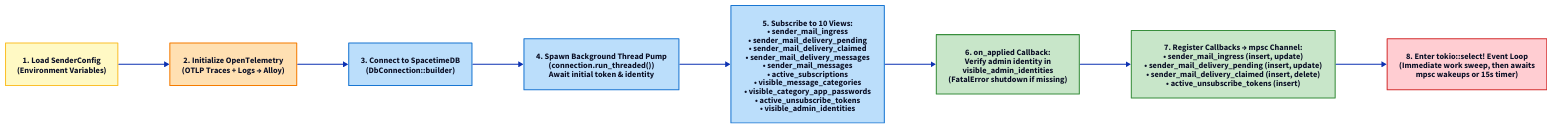
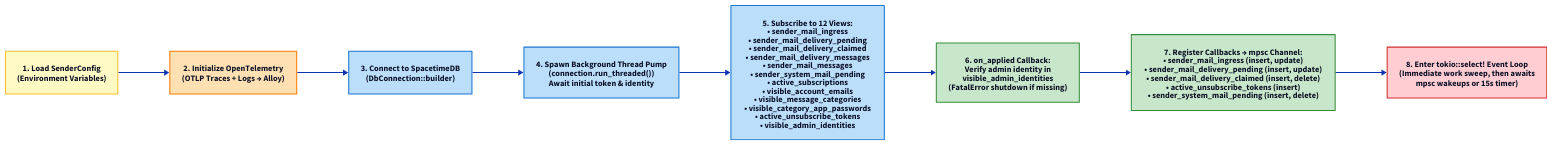
Before and after one commit to enaut/kommunikationszentrum: the diagram in docs/src/core/sender/control-flow-startup-sequence.d2, drawn with D2. The commit also changed 20 other files, not shown here.

First line of the commit message:
The documentation and D2 diagrams across the Kommunikationszentrum repository have been comprehensively updated to reflect the architectural enhancements introduced in the last three commits (`fd0b473`, `7e1d919`, and `e8ae9a0`).

```diff
--- a/docs/src/core/sender/control-flow-startup-sequence.d2
+++ b/docs/src/core/sender/control-flow-startup-sequence.d2
@@ -1,20 +1,20 @@
 direction: right
 
 classes: {
   config: { style.fill: "#fff9c4"; style.stroke: "#fbc02d" }
   otel: { style.fill: "#ffe0b2"; style.stroke: "#f57c00" }
   db: { style.fill: "#bbdefb"; style.stroke: "#1976d2" }
   cb: { style.fill: "#c8e6c9"; style.stroke: "#388e3c" }
   loop: { style.fill: "#ffcdd2"; style.stroke: "#d32f2f" }
 }
 
 env: "1. Load SenderConfig\n(Environment Variables)" { class: config }
 otel: "2. Initialize OpenTelemetry\n(OTLP Traces + Logs → Alloy)" { class: otel }
 conn: "3. Connect to SpacetimeDB\n(DbConnection::builder)" { class: db }
 pump: "4. Spawn Background Thread Pump\n(connection.run_threaded())\nAwait initial token & identity" { class: db }
-sub: "5. Subscribe to 10 Views:\n• sender_mail_ingress\n• sender_mail_delivery_pending\n• sender_mail_delivery_claimed\n• sender_mail_delivery_messages\n• sender_mail_messages\n• active_subscriptions\n• visible_message_categories\n• visible_category_app_passwords\n• active_unsubscribe_tokens\n• visible_admin_identities" { class: db }
+sub: "5. Subscribe to 12 Views:\n• sender_mail_ingress\n• sender_mail_delivery_pending\n• sender_mail_delivery_claimed\n• sender_mail_delivery_messages\n• sender_mail_messages\n• sender_system_mail_pending\n• active_subscriptions\n• visible_account_emails\n• visible_message_categories\n• visible_category_app_passwords\n• active_unsubscribe_tokens\n• visible_admin_identities" { class: db }
 auth: "6. on_applied Callback:\nVerify admin identity in\nvisible_admin_identities\n(FatalError shutdown if missing)" { class: cb }
-cb: "7. Register Callbacks → mpsc Channel:\n• sender_mail_ingress (insert, update)\n• sender_mail_delivery_pending (insert, update)\n• sender_mail_delivery_claimed (insert, delete)\n• active_unsubscribe_tokens (insert)" { class: cb }
+cb: "7. Register Callbacks → mpsc Channel:\n• sender_mail_ingress (insert, update)\n• sender_mail_delivery_pending (insert, update)\n• sender_mail_delivery_claimed (insert, delete)\n• active_unsubscribe_tokens (insert)\n• sender_system_mail_pending (insert, delete)" { class: cb }
 loop_: "8. Enter tokio::select! Event Loop\n(Immediate work sweep, then awaits\nmpsc wakeups or 15s timer)" { class: loop }
 
 env -> otel -> conn -> pump -> sub -> auth -> cb -> loop_
```
